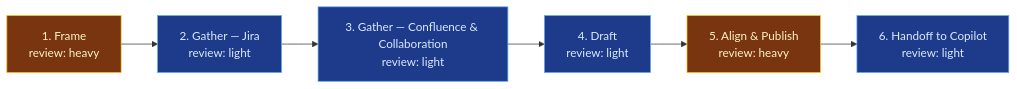
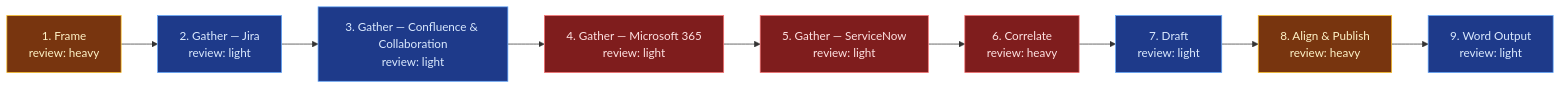
Before and after one commit to RafySauce/flow-lab: the diagram in icp-flows/accomplishments-digest/HUB.md, drawn with Mermaid. The commit also changed other lines of this file and 34 other files, not shown here.

````diff
--- a/icp-flows/accomplishments-digest/HUB.md
+++ b/icp-flows/accomplishments-digest/HUB.md
@@ -35,12 +40,15 @@
 ```mermaid
 flowchart LR
     S1["1. Frame<br/>review: heavy"]:::heavy --> S2["2. Gather — Jira<br/>review: light"]:::light
     S2 --> S3["3. Gather — Confluence &amp; Collaboration<br/>review: light"]:::light
-    S3 --> S4["4. Draft<br/>review: light"]:::light
-    S4 --> S5["5. Align &amp; Publish<br/>review: heavy"]:::heavy
-    S5 --> S6["6. Handoff to Copilot<br/>review: light"]:::light
+    S3 --> S4["4. Gather — Microsoft 365<br/>review: light"]:::gap
+    S4 --> S5["5. Gather — ServiceNow<br/>review: light"]:::gap
+    S5 --> S6["6. Correlate<br/>review: heavy"]:::gap
+    S6 --> S7["7. Draft<br/>review: light"]:::light
+    S7 --> S8["8. Align &amp; Publish<br/>review: heavy"]:::heavy
+    S8 --> S9["9. Word Output<br/>review: light"]:::light
 
     classDef heavy fill:#78350f,stroke:#fbbf24,color:#fef3c7
     classDef light fill:#1e3a8a,stroke:#60a5fa,color:#dbeafe
     classDef gap fill:#7f1d1d,stroke:#f87171,color:#fee2e2
 ```
````
